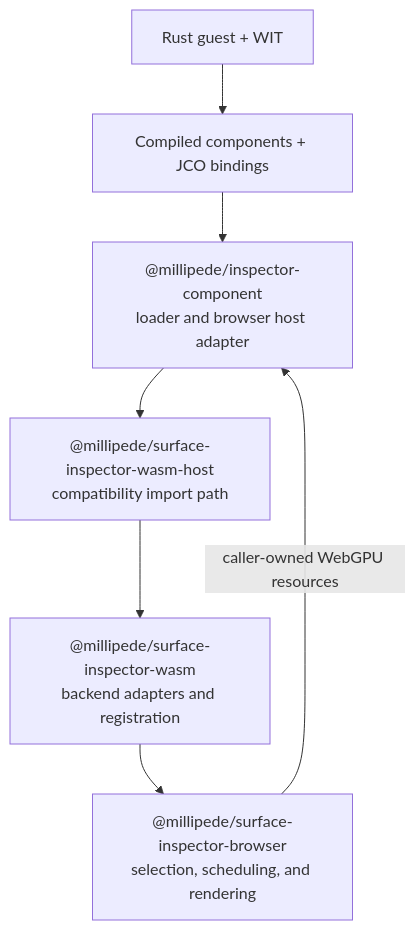
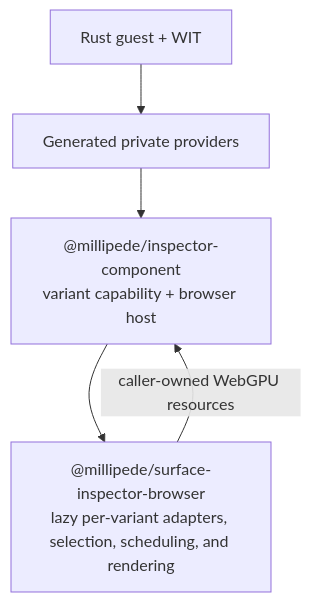
One commit to project-millipede/rendered-shape-analyser changed the diagram in component-loader/README.md. Above: the diagram before and after it, drawn with Mermaid. The commit also changed other lines of this file and 9 other files, not shown here.

````diff
--- a/component-loader/README.md
+++ b/component-loader/README.md
@@ -15,9 +50,7 @@
 ```mermaid
 flowchart TD
-  A["Rust guest + WIT"] --> B["Compiled components + JCO bindings"]
-  B --> C["@millipede/inspector-component<br/>loader and browser host adapter"]
-  C --> D["@millipede/surface-inspector-wasm-host<br/>compatibility import path"]
-  D --> E["@millipede/surface-inspector-wasm<br/>backend adapters and registration"]
-  E --> F["@millipede/surface-inspector-browser<br/>selection, scheduling, and rendering"]
-  F -- "caller-owned WebGPU resources" --> C
+  A["Rust guest + WIT"] --> B["Generated private providers"]
+  B --> C["@millipede/inspector-component<br/>variant capability + browser host"]
+  C --> E["@millipede/surface-inspector-browser<br/>lazy per-variant adapters, selection, scheduling, and rendering"]
+  E -- "caller-owned WebGPU resources" --> C
 ```
````
